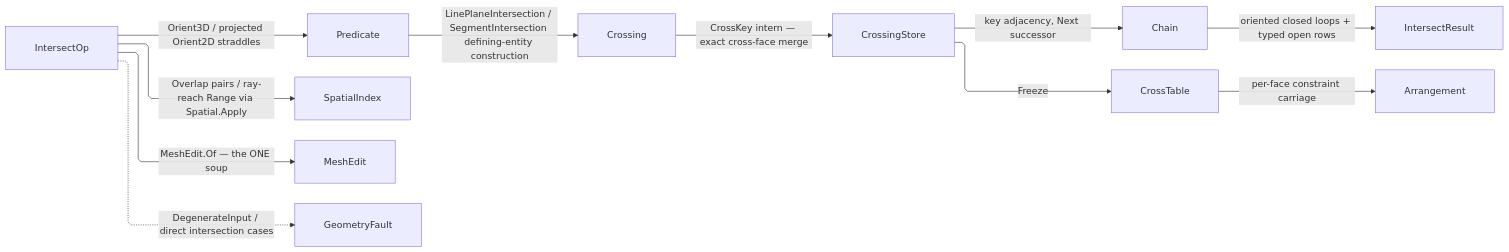
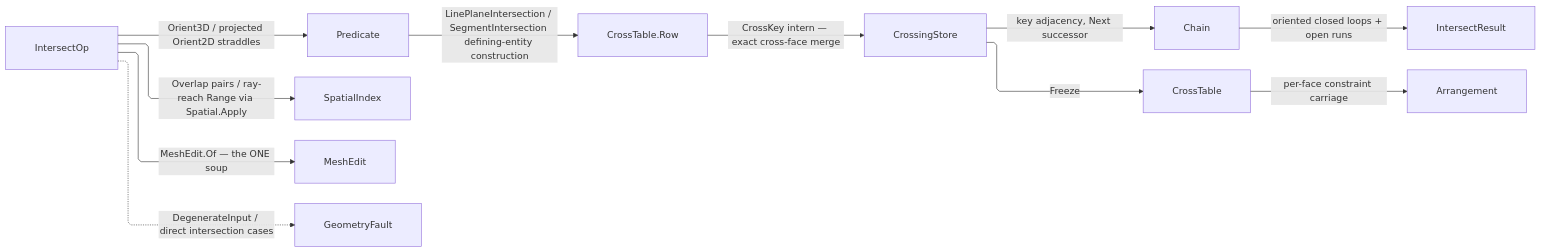
The diagram in libs/dotnet/Rasm/.planning/Meshing/intersect.md (bsamiee/Rasm), drawn with Mermaid before and after one commit. The commit also changed other lines of this file and 55 other files, not shown here.

````diff
--- a/libs/dotnet/Rasm/.planning/Meshing/intersect.md
+++ b/libs/dotnet/Rasm/.planning/Meshing/intersect.md
@@ -604,22 +540,22 @@
 ```mermaid
 ---
 config:
   layout: elk
   flowchart:
     curve: linear
     padding: 25
 ---
 flowchart LR
     accTitle: Crossing table flow
     accDescr: Operands flow through the broad phase, exact narrow phase, and key-interned crossing rows into chained loops and open rows.
     IntersectOp -->|Orient3D / projected Orient2D straddles| Predicate
     IntersectOp -->|Overlap pairs / ray-reach Range via Spatial.Apply| SpatialIndex
     IntersectOp -->|MeshEdit.Of — the ONE soup| MeshEdit
-    Predicate -->|LinePlaneIntersection / SegmentIntersection defining-entity construction| Crossing
-    Crossing -->|CrossKey intern — exact cross-face merge| CrossingStore
+    Predicate -->|LinePlaneIntersection / SegmentIntersection defining-entity construction| CrossRow["CrossTable.Row"]
+    CrossRow -->|CrossKey intern — exact cross-face merge| CrossingStore
     CrossingStore -->|key adjacency, Next successor| Chain
-    Chain -->|oriented closed loops + typed open rows| IntersectResult
+    Chain -->|oriented closed loops + open runs| IntersectResult
     CrossingStore -->|Freeze| CrossTable
     CrossTable -->|per-face constraint carriage| Arrangement
     IntersectOp -.->|DegenerateInput / direct intersection cases| GeometryFault
 ```
````
